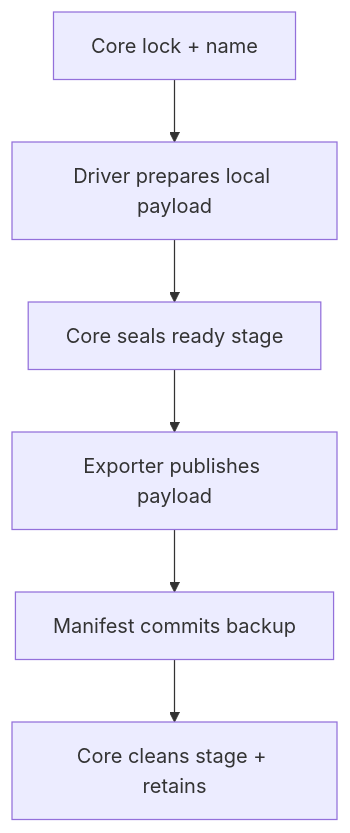
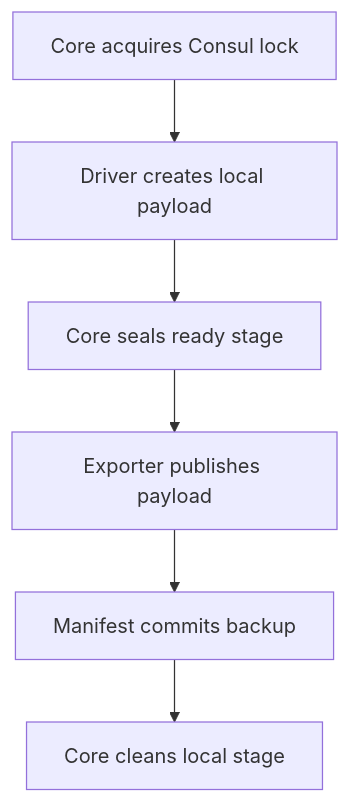
One commit to Nodsoft/Backmaster changed the diagram in README.md. Above: the diagram before and after it, drawn with Mermaid. The commit also changed other lines of this file and 9 other files, not shown here.

````diff
--- a/README.md
+++ b/README.md
@@ -28,8 +68,8 @@
 ```mermaid
 flowchart TD
-    A["Core lock + name"] --> B["Driver prepares local payload"]
+    A["Core acquires Consul lock"] --> B["Driver creates local payload"]
     B --> C["Core seals ready stage"]
     C --> D["Exporter publishes payload"]
     D --> E["Manifest commits backup"]
-    E --> F["Core cleans stage + retains"]
+    E --> F["Core cleans local stage"]
 ```
````
